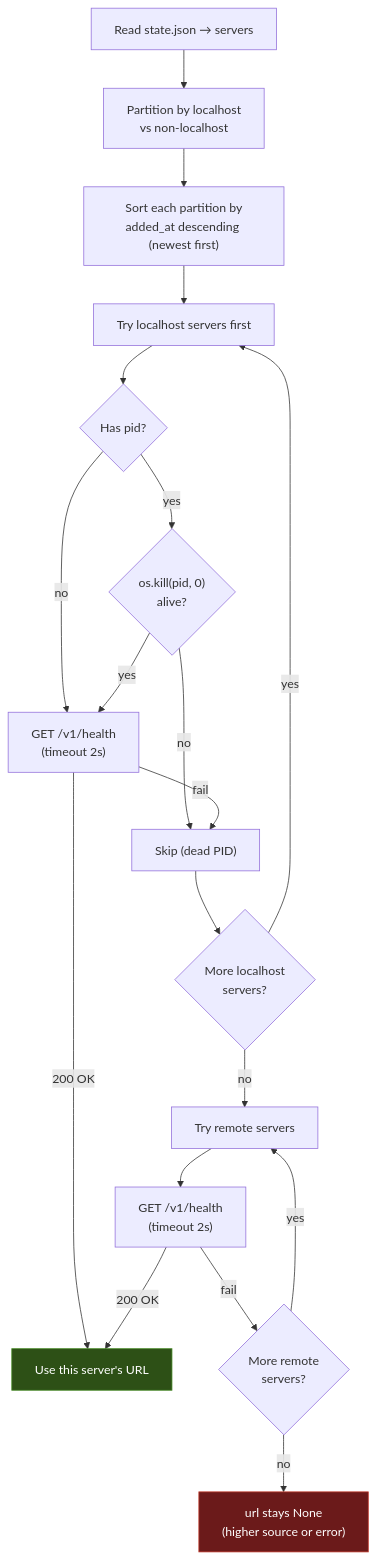
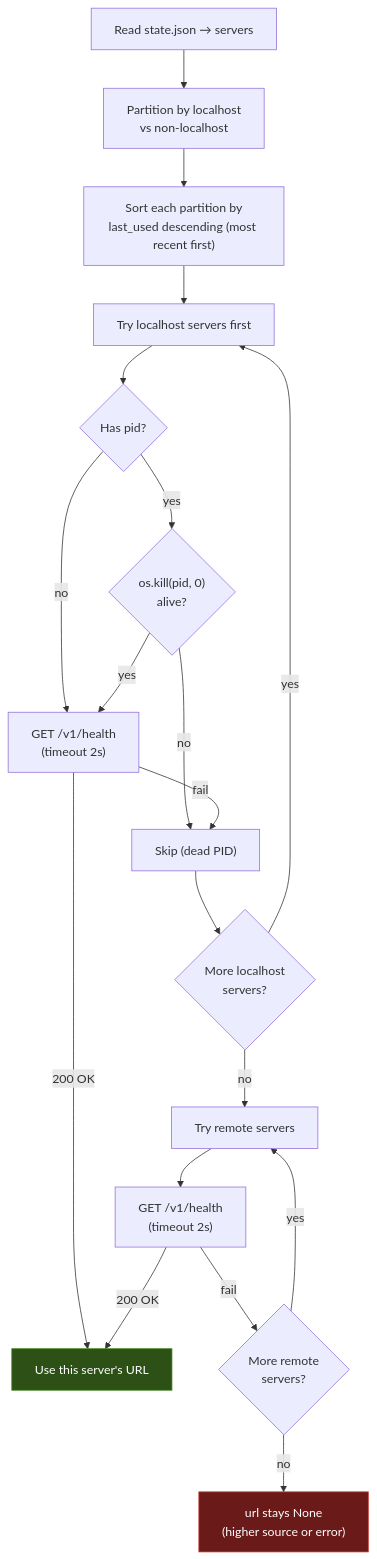
One commit to zincware/ZnDraw changed the second of 5 diagrams in docs/superpowers/specs/2026-03-25-pydantic-settings-unification-design.md. Above: the diagram before and after it, drawn with Mermaid. The commit also changed other lines of this file, not shown here.

First line of the commit message:
docs: use last_used for server ordering, enforce atomic writes

````diff
--- a/docs/superpowers/specs/2026-03-25-pydantic-settings-unification-design.md
+++ b/docs/superpowers/specs/2026-03-25-pydantic-settings-unification-design.md
@@ -233,27 +235,27 @@
 ```mermaid
 flowchart TD
     A["Read state.json → servers"] --> B["Partition by localhost<br/>vs non-localhost"]
-    B --> C["Sort each partition by<br/>added_at descending (newest first)"]
+    B --> C["Sort each partition by<br/>last_used descending (most recent first)"]
     C --> D["Try localhost servers first"]
 
     D --> E{"Has pid?"}
     E -->|yes| F{"os.kill(pid, 0)<br/>alive?"}
     E -->|no| G["GET /v1/health<br/>(timeout 2s)"]
     F -->|yes| G
     F -->|no| H["Skip (dead PID)"]
     G -->|200 OK| I["Use this server's URL"]
     G -->|fail| H
 
     H --> J{"More localhost<br/>servers?"}
     J -->|yes| D
     J -->|no| K["Try remote servers"]
 
     K --> L["GET /v1/health<br/>(timeout 2s)"]
     L -->|200 OK| I
     L -->|fail| M{"More remote<br/>servers?"}
     M -->|yes| K
     M -->|no| N["url stays None<br/>(higher source or error)"]
 
     style I fill:#2d5016,stroke:#4a8c2a,color:#fff
     style N fill:#6b1a1a,stroke:#c0392b,color:#fff
 ```
````
